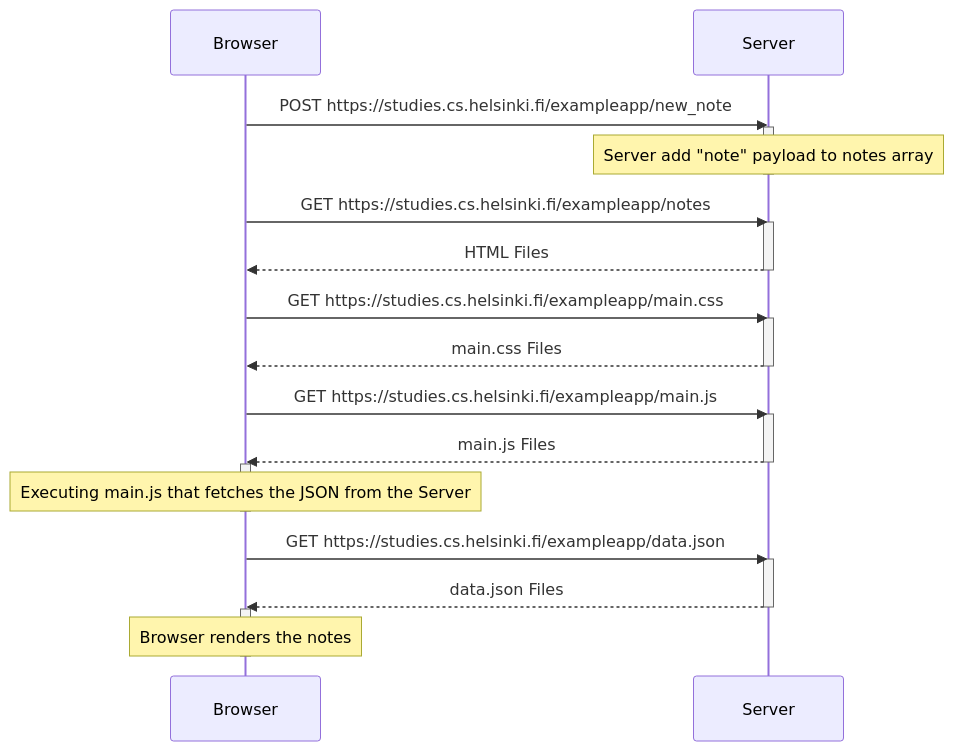
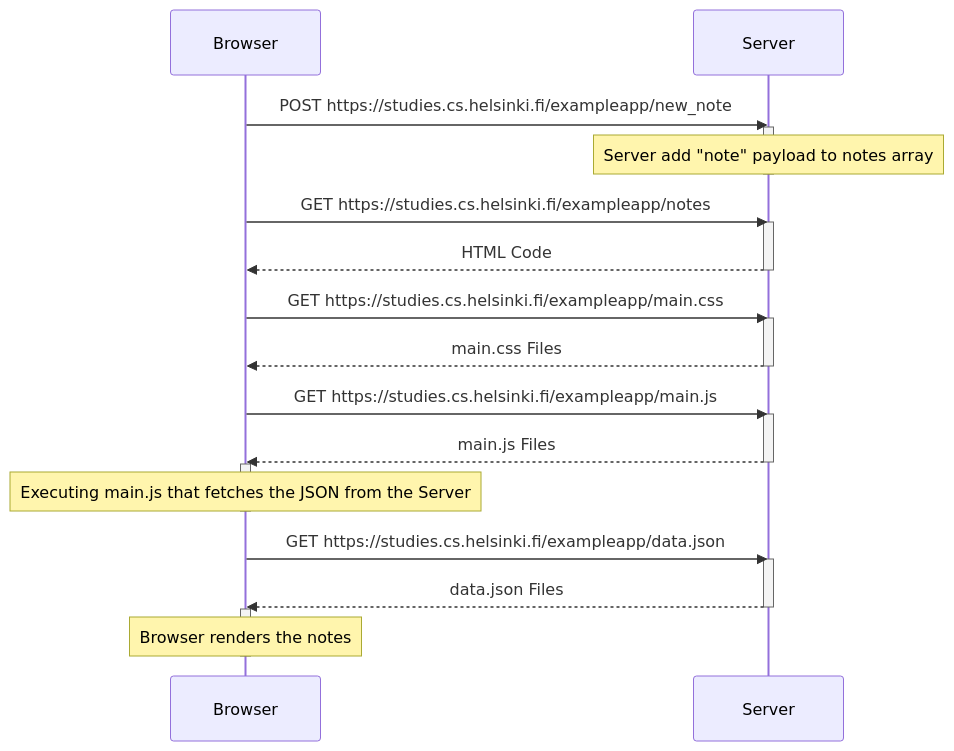
One commit to stevelaurensius/fullstackopen changed the diagram in part0/0.4 New note diagram.md. Above: the diagram before and after it, drawn with Mermaid.

Commit message:
Update 0.4 New note diagram.md
Change "HTML Files" to "HTML Code"

````diff
--- a/part0/0.4 New note diagram.md
+++ b/part0/0.4 New note diagram.md
@@ -1,38 +1,38 @@
 ```mermaid
 sequenceDiagram
     participant Browser
     participant Server
 
     Browser->>Server: POST https://studies.cs.helsinki.fi/exampleapp/new_note
     activate Server
     Note over Server: Server add "note" payload to notes array
     deactivate Server
 
     Browser->>Server: GET https://studies.cs.helsinki.fi/exampleapp/notes
     activate Server
-    Server-->>Browser: HTML Files
+    Server-->>Browser: HTML Code
     deactivate Server
 
     Browser->>Server: GET https://studies.cs.helsinki.fi/exampleapp/main.css
     activate Server
     Server-->>Browser: main.css Files
     deactivate Server
 
     Browser->>Server: GET https://studies.cs.helsinki.fi/exampleapp/main.js
     activate Server
     Server-->>Browser: main.js Files
     deactivate Server
 
     activate Browser
     Note over Browser:   Executing main.js that fetches the JSON from the Server
     deactivate Browser
 
     Browser->>Server: GET https://studies.cs.helsinki.fi/exampleapp/data.json
     activate Server
     Server-->>Browser: data.json Files
     deactivate Server
 
     activate Browser
     Note over Browser: Browser renders the notes
     deactivate Browser
 ```
````
